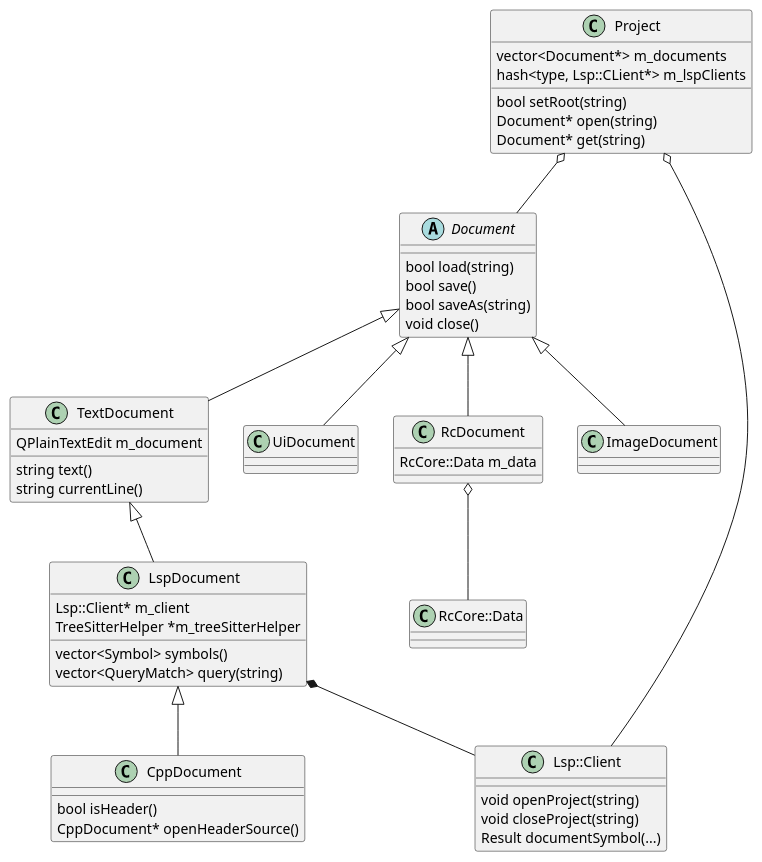
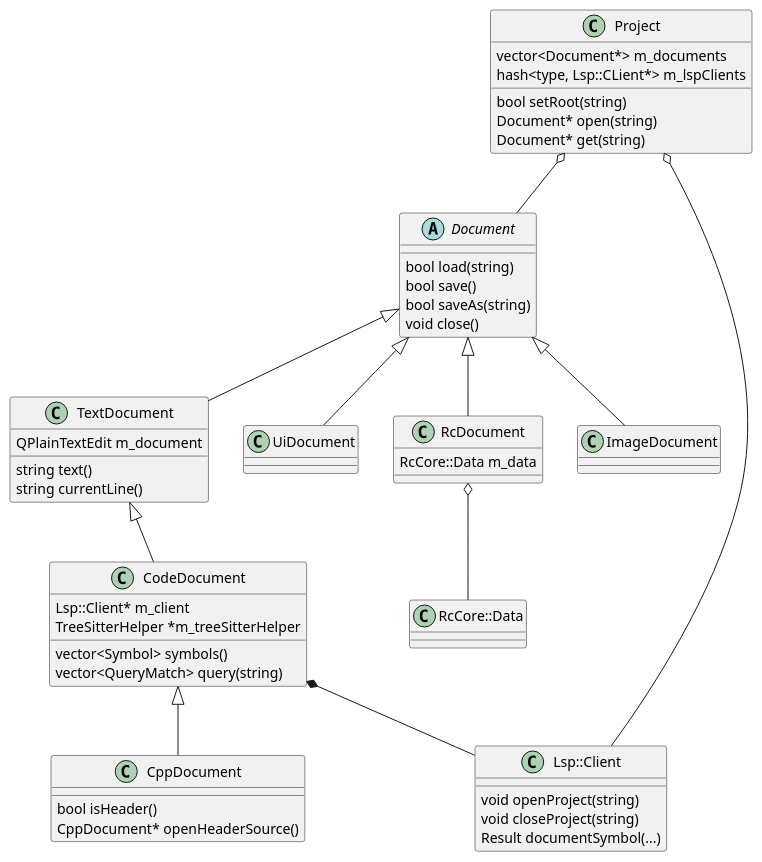
Before and after one commit to KDAB/knut: the diagram in docs/assets/project-classes.puml, drawn with PlantUML. The commit also changed 39 other files, not shown here.

First line of the commit message:
refactor!: Rename LspDocument to CodeDocument

```diff
--- a/docs/assets/project-classes.puml
+++ b/docs/assets/project-classes.puml
@@ -1,54 +1,54 @@
 @startuml
 class Project {
   vector<Document*> m_documents
   hash<type, Lsp::CLient*> m_lspClients
   bool setRoot(string)
   Document* open(string)
   Document* get(string)
 }
 abstract class Document {
   bool load(string)
   bool save()
   bool saveAs(string)
   void close()
 }
 class TextDocument {
   QPlainTextEdit m_document
   string text()
   string currentLine()
 }
 class UiDocument
 class RcDocument {
   RcCore::Data m_data
 }
 class RcCore::Data
 class ImageDocument
-class LspDocument {
+class CodeDocument {
   Lsp::Client* m_client
   TreeSitterHelper *m_treeSitterHelper
   vector<Symbol> symbols()
   vector<QueryMatch> query(string)
 }
 class CppDocument {
   bool isHeader()
   CppDocument* openHeaderSource()
 }
 class Lsp::Client {
   void openProject(string)
   void closeProject(string)
   Result documentSymbol(...)
 }
 
 Project o-- Document
 Document <|-- TextDocument
 Document <|-- UiDocument
 Document <|-- RcDocument
 RcDocument o-- RcCore::Data
 Document <|-- ImageDocument
-TextDocument <|-- LspDocument
-LspDocument <|-- CppDocument
+TextDocument <|-- CodeDocument
+CodeDocument <|-- CppDocument
 Project o-- Lsp::Client
-LspDocument *-- Lsp::Client
+CodeDocument *-- Lsp::Client
 
 
 @enduml
```
